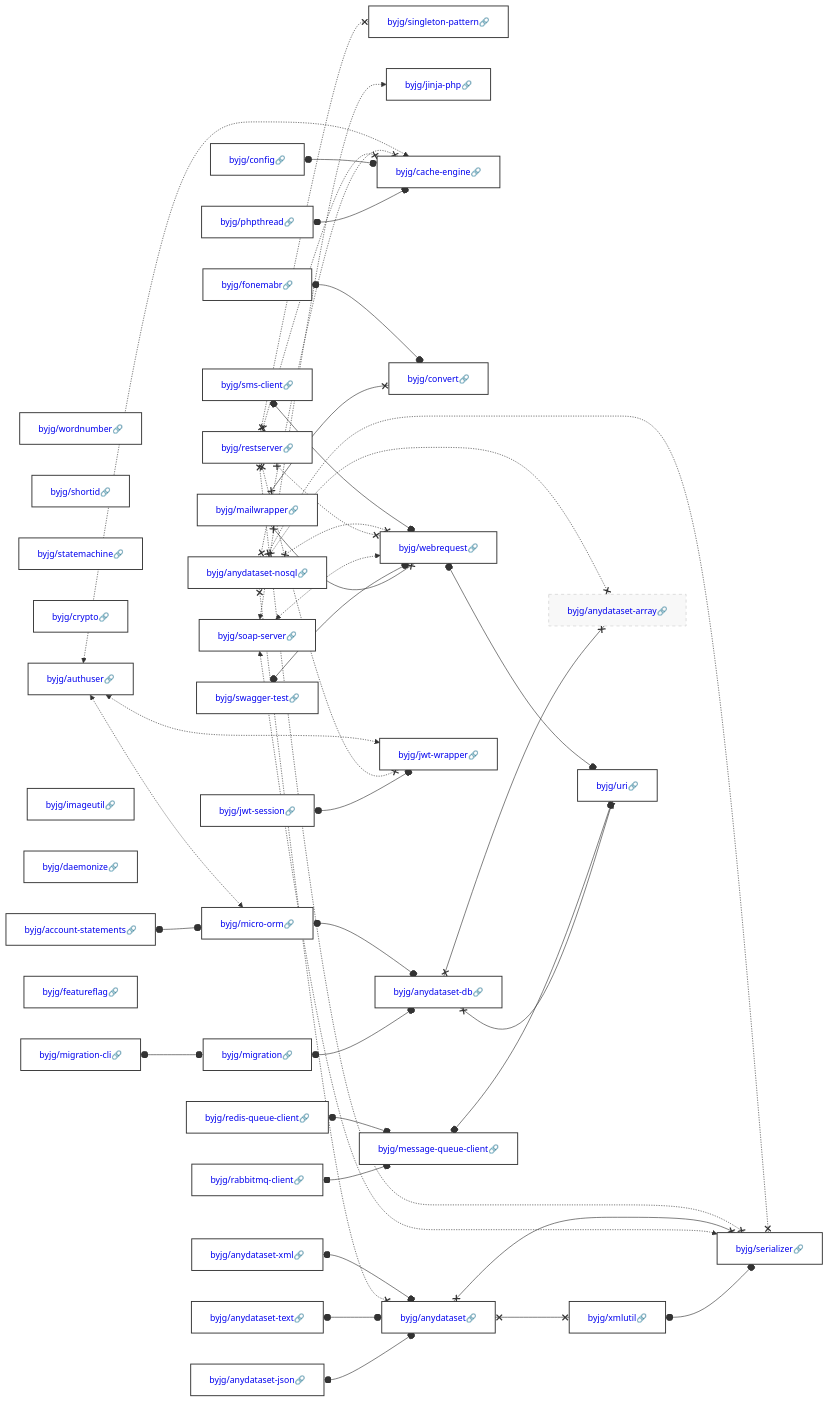
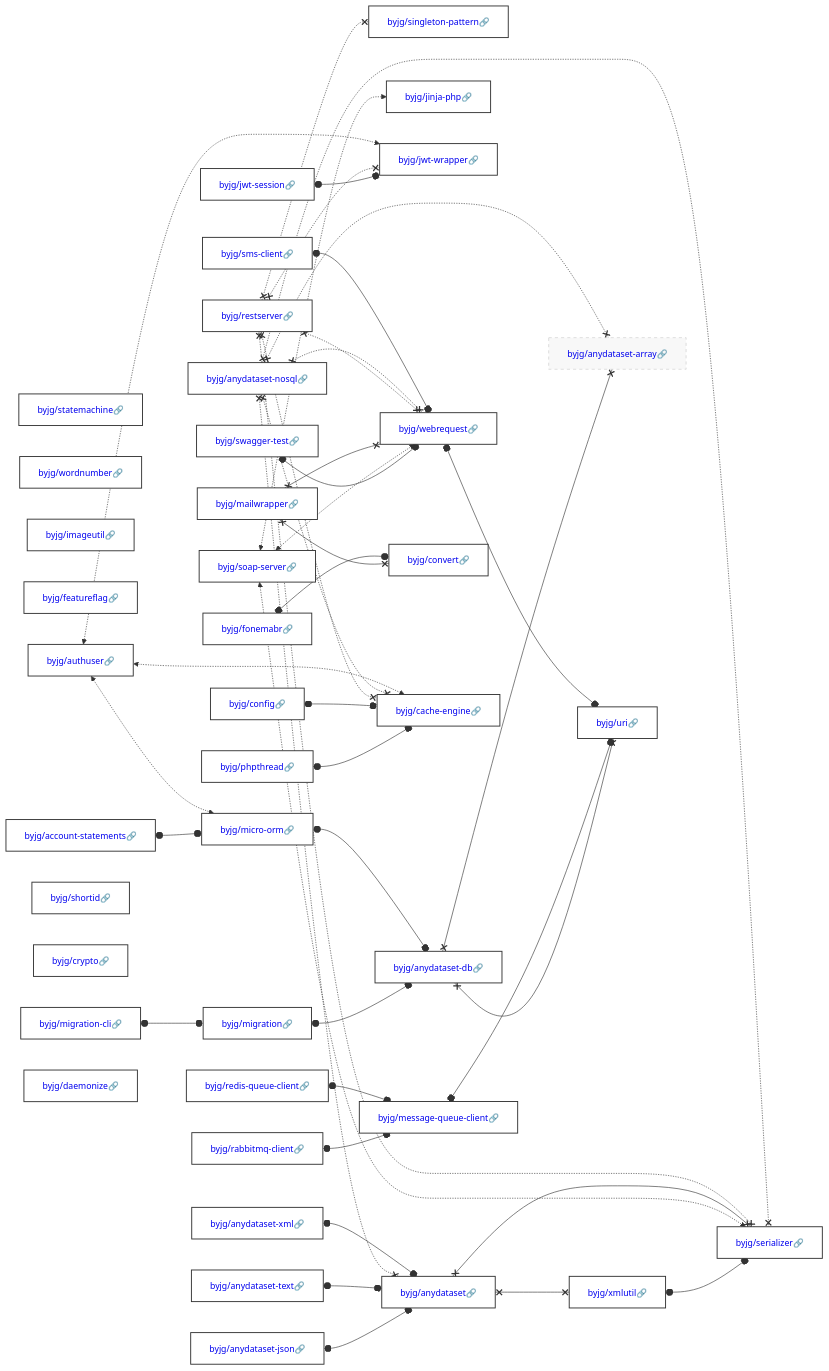
Before and after one commit to byjg/byjg.github.io: the diagram in docs/php/README.md, drawn with Mermaid. The commit also changed other lines of this file and 9 other files, not shown here.

Commit message:
Update documentation 'php' 'php-mailwrapper'

````diff
--- a/docs/php/README.md
+++ b/docs/php/README.md
@@ -3,47 +3,45 @@
 ```mermaid
 graph LR;
+  byjg/statemachine[<a href='https://opensource.byjg.com/docs/php/statemachine' style='text-decoration:none'>byjg/statemachine🔗</a>];
   byjg/wordnumber[<a href='https://opensource.byjg.com/docs/php/wordnumber' style='text-decoration:none'>byjg/wordnumber🔗</a>];
-  byjg/shortid[<a href='https://opensource.byjg.com/docs/php/shortid' style='text-decoration:none'>byjg/shortid🔗</a>];
+  byjg/sms-client[<a href='https://opensource.byjg.com/docs/php/sms-client' style='text-decoration:none'>byjg/sms-client🔗</a>];
+  byjg/anydataset-xml[<a href='https://opensource.byjg.com/docs/php/anydataset-xml' style='text-decoration:none'>byjg/anydataset-xml🔗</a>];
+  byjg/imageutil[<a href='https://opensource.byjg.com/docs/php/imageutil' style='text-decoration:none'>byjg/imageutil🔗</a>];
   byjg/config[<a href='https://opensource.byjg.com/docs/php/config' style='text-decoration:none'>byjg/config🔗</a>];
-  byjg/statemachine[<a href='https://opensource.byjg.com/docs/php/statemachine' style='text-decoration:none'>byjg/statemachine🔗</a>];
-  byjg/phpthread[<a href='https://opensource.byjg.com/docs/php/phpthread' style='text-decoration:none'>byjg/phpthread🔗</a>];
+  byjg/restserver[<a href='https://opensource.byjg.com/docs/php/restserver' style='text-decoration:none'>byjg/restserver🔗</a>];
   byjg/mailwrapper[<a href='https://opensource.byjg.com/docs/php/mailwrapper' style='text-decoration:none'>byjg/mailwrapper🔗</a>];
+  byjg/rabbitmq-client[<a href='https://opensource.byjg.com/docs/php/rabbitmq-client' style='text-decoration:none'>byjg/rabbitmq-client🔗</a>];
   byjg/redis-queue-client[<a href='https://opensource.byjg.com/docs/php/redis-queue-client' style='text-decoration:none'>byjg/redis-queue-client🔗</a>];
-  byjg/restserver[<a href='https://opensource.byjg.com/docs/php/restserver' style='text-decoration:none'>byjg/restserver🔗</a>];
-  byjg/anydataset-json[<a href='https://opensource.byjg.com/docs/php/anydataset-json' style='text-decoration:none'>byjg/anydataset-json🔗</a>];
-  byjg/crypto[<a href='https://opensource.byjg.com/docs/php/crypto' style='text-decoration:none'>byjg/crypto🔗</a>];
+  byjg/jwt-session[<a href='https://opensource.byjg.com/docs/php/jwt-session' style='text-decoration:none'>byjg/jwt-session🔗</a>];
   byjg/soap-server[<a href='https://opensource.byjg.com/docs/php/soap-server' style='text-decoration:none'>byjg/soap-server🔗</a>];
-  byjg/anydataset-nosql[<a href='https://opensource.byjg.com/docs/php/anydataset-nosql' style='text-decoration:none'>byjg/anydataset-nosql🔗</a>];
-  byjg/sms-client[<a href='https://opensource.byjg.com/docs/php/sms-client' style='text-decoration:none'>byjg/sms-client🔗</a>];
+  byjg/featureflag[<a href='https://opensource.byjg.com/docs/php/featureflag' style='text-decoration:none'>byjg/featureflag🔗</a>];
   byjg/authuser[<a href='https://opensource.byjg.com/docs/php/authuser' style='text-decoration:none'>byjg/authuser🔗</a>];
-  byjg/fonemabr[<a href='https://opensource.byjg.com/docs/php/fonemabr' style='text-decoration:none'>byjg/fonemabr🔗</a>];
-  byjg/anydataset-xml[<a href='https://opensource.byjg.com/docs/php/anydataset-xml' style='text-decoration:none'>byjg/anydataset-xml🔗</a>];
-  byjg/rabbitmq-client[<a href='https://opensource.byjg.com/docs/php/rabbitmq-client' style='text-decoration:none'>byjg/rabbitmq-client🔗</a>];
-  byjg/imageutil[<a href='https://opensource.byjg.com/docs/php/imageutil' style='text-decoration:none'>byjg/imageutil🔗</a>];
-  byjg/daemonize[<a href='https://opensource.byjg.com/docs/php/daemonize' style='text-decoration:none'>byjg/daemonize🔗</a>];
-  byjg/account-statements[<a href='https://opensource.byjg.com/docs/php/account-statements' style='text-decoration:none'>byjg/account-statements🔗</a>];
+  byjg/migration-cli[<a href='https://opensource.byjg.com/docs/php/migration-cli' style='text-decoration:none'>byjg/migration-cli🔗</a>];
   byjg/swagger-test[<a href='https://opensource.byjg.com/docs/php/swagger-test' style='text-decoration:none'>byjg/swagger-test🔗</a>];
   byjg/anydataset-text[<a href='https://opensource.byjg.com/docs/php/anydataset-text' style='text-decoration:none'>byjg/anydataset-text🔗</a>];
-  byjg/jwt-session[<a href='https://opensource.byjg.com/docs/php/jwt-session' style='text-decoration:none'>byjg/jwt-session🔗</a>];
-  byjg/featureflag[<a href='https://opensource.byjg.com/docs/php/featureflag' style='text-decoration:none'>byjg/featureflag🔗</a>];
-  byjg/migration-cli[<a href='https://opensource.byjg.com/docs/php/migration-cli' style='text-decoration:none'>byjg/migration-cli🔗</a>];
+  byjg/shortid[<a href='https://opensource.byjg.com/docs/php/shortid' style='text-decoration:none'>byjg/shortid🔗</a>];
+  byjg/crypto[<a href='https://opensource.byjg.com/docs/php/crypto' style='text-decoration:none'>byjg/crypto🔗</a>];
+  byjg/account-statements[<a href='https://opensource.byjg.com/docs/php/account-statements' style='text-decoration:none'>byjg/account-statements🔗</a>];
+  byjg/anydataset-json[<a href='https://opensource.byjg.com/docs/php/anydataset-json' style='text-decoration:none'>byjg/anydataset-json🔗</a>];
+  byjg/anydataset-nosql[<a href='https://opensource.byjg.com/docs/php/anydataset-nosql' style='text-decoration:none'>byjg/anydataset-nosql🔗</a>];
+  byjg/daemonize[<a href='https://opensource.byjg.com/docs/php/daemonize' style='text-decoration:none'>byjg/daemonize🔗</a>];
+  byjg/fonemabr[<a href='https://opensource.byjg.com/docs/php/fonemabr' style='text-decoration:none'>byjg/fonemabr🔗</a>];
+  byjg/phpthread[<a href='https://opensource.byjg.com/docs/php/phpthread' style='text-decoration:none'>byjg/phpthread🔗</a>];
   byjg/singleton-pattern[<a href='https://opensource.byjg.com/docs/php/singleton-pattern' style='text-decoration:none'>byjg/singleton-pattern🔗</a>];
+  byjg/message-queue-client[<a href='https://opensource.byjg.com/docs/php/message-queue-client' style='text-decoration:none'>byjg/message-queue-client🔗</a>];
   byjg/jinja-php[<a href='https://opensource.byjg.com/docs/php/jinja-php' style='text-decoration:none'>byjg/jinja-php🔗</a>];
-  byjg/cache-engine[<a href='https://opensource.byjg.com/docs/php/cache-engine' style='text-decoration:none'>byjg/cache-engine🔗</a>];
-  byjg/convert[<a href='https://opensource.byjg.com/docs/php/convert' style='text-decoration:none'>byjg/convert🔗</a>];
-  byjg/message-queue-client[<a href='https://opensource.byjg.com/docs/php/message-queue-client' style='text-decoration:none'>byjg/message-queue-client🔗</a>];
-  byjg/micro-orm[<a href='https://opensource.byjg.com/docs/php/micro-orm' style='text-decoration:none'>byjg/micro-orm🔗</a>];
-  byjg/webrequest[<a href='https://opensource.byjg.com/docs/php/webrequest' style='text-decoration:none'>byjg/webrequest🔗</a>];
-  byjg/anydataset[<a href='https://opensource.byjg.com/docs/php/anydataset' style='text-decoration:none'>byjg/anydataset🔗</a>];
   byjg/jwt-wrapper[<a href='https://opensource.byjg.com/docs/php/jwt-wrapper' style='text-decoration:none'>byjg/jwt-wrapper🔗</a>];
   byjg/migration[<a href='https://opensource.byjg.com/docs/php/migration' style='text-decoration:none'>byjg/migration🔗</a>];
+  byjg/micro-orm[<a href='https://opensource.byjg.com/docs/php/micro-orm' style='text-decoration:none'>byjg/micro-orm🔗</a>];
+  byjg/anydataset[<a href='https://opensource.byjg.com/docs/php/anydataset' style='text-decoration:none'>byjg/anydataset🔗</a>];
+  byjg/webrequest[<a href='https://opensource.byjg.com/docs/php/webrequest' style='text-decoration:none'>byjg/webrequest🔗</a>];
+  byjg/convert[<a href='https://opensource.byjg.com/docs/php/convert' style='text-decoration:none'>byjg/convert🔗</a>];
+  byjg/cache-engine[<a href='https://opensource.byjg.com/docs/php/cache-engine' style='text-decoration:none'>byjg/cache-engine🔗</a>];
+  byjg/anydataset-db[<a href='https://opensource.byjg.com/docs/php/anydataset-db' style='text-decoration:none'>byjg/anydataset-db🔗</a>];
   byjg/xmlutil[<a href='https://opensource.byjg.com/docs/php/xmlutil' style='text-decoration:none'>byjg/xmlutil🔗</a>];
-  byjg/anydataset-db[<a href='https://opensource.byjg.com/docs/php/anydataset-db' style='text-decoration:none'>byjg/anydataset-db🔗</a>];
-  byjg/serializer[<a href='https://opensource.byjg.com/docs/php/serializer' style='text-decoration:none'>byjg/serializer🔗</a>];
   byjg/anydataset-array[<a href='https://opensource.byjg.com/docs/php/anydataset-array' style='text-decoration:none'>byjg/anydataset-array🔗</a>];
   byjg/uri[<a href='https://opensource.byjg.com/docs/php/uri' style='text-decoration:none'>byjg/uri🔗</a>];
-  byjg/mailwrapper x--x byjg/convert;
-  byjg/mailwrapper x--x byjg/webrequest;
+  byjg/serializer[<a href='https://opensource.byjg.com/docs/php/serializer' style='text-decoration:none'>byjg/serializer🔗</a>];
   byjg/xmlutil o--o byjg/serializer;
   byjg/rabbitmq-client o--o byjg/message-queue-client;
   byjg/migration o--o byjg/anydataset-db;
@@ -54,6 +52,8 @@
   byjg/soap-server <-.-> byjg/jinja-php;
   byjg/soap-server <-.-> byjg/webrequest;
   byjg/soap-server <-.-> byjg/serializer;
+  byjg/mailwrapper x--x byjg/convert;
+  byjg/mailwrapper x--x byjg/webrequest;
   byjg/phpthread o--o byjg/cache-engine;
   byjg/webrequest o--o byjg/uri;
   byjg/migration-cli o--o byjg/migration;
````
